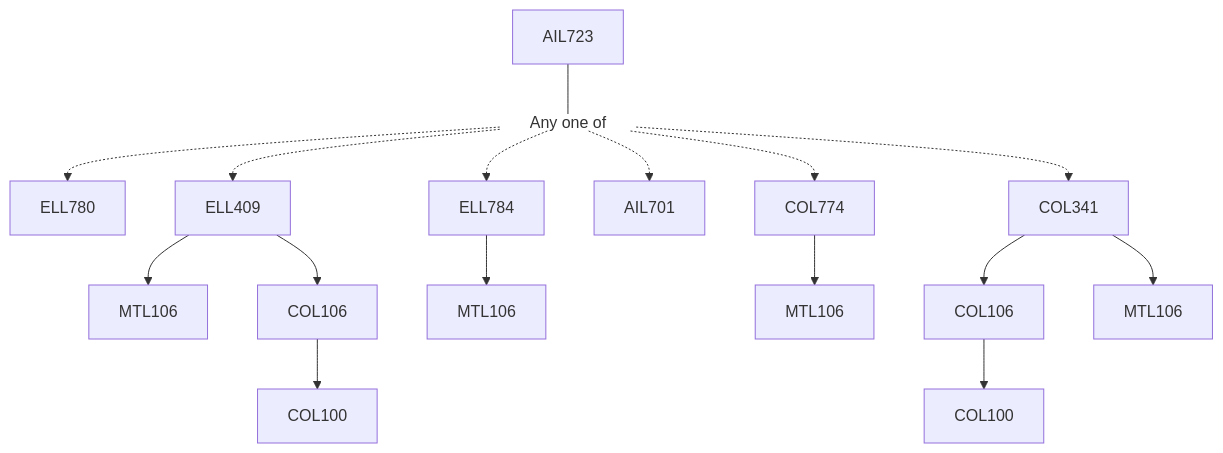
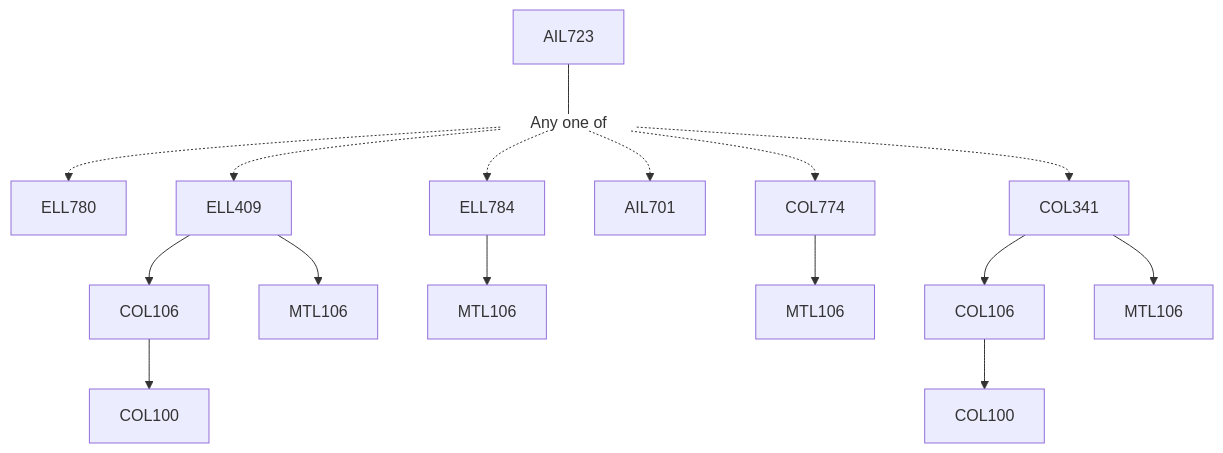
Before and after one commit to KeshavBansal0122/CoS_Website: the diagram in content/School of Artificial Intelligence/AIL723.md, drawn with Mermaid. The commit also changed other lines of this file and 2667 other files, not shown here.

````diff
--- a/content/School of Artificial Intelligence/AIL723.md
+++ b/content/School of Artificial Intelligence/AIL723.md
@@ -15,22 +13,22 @@
 ```mermaid
 flowchart TD
-AIL723-486[AIL723]
-AIL723-486 --- Or487[Any one of]:::empty
-Or487 -.-> ELL780-488[ELL780]
-Or487 -.-> ELL409-489[ELL409]
-ELL409-489 --> MTL106-489[MTL106]
-ELL409-489 --> COL106-489[COL106]
-COL106-489 --> COL100-489[COL100]
-Or487 -.-> ELL784-490[ELL784]
-ELL784-490 --> MTL106-490[MTL106]
-Or487 -.-> AIL701-491[AIL701]
-COL774-492 --> MTL106-492[MTL106]
-Or487 -.-> COL774-492[COL774]
-COL341-493 --> COL106-493[COL106]
-COL106-493 --> COL100-493[COL100]
-Or487 -.-> COL341-493[COL341]
-COL341-493 --> MTL106-493[MTL106]
+AIL723-883[AIL723]
+AIL723-883 --- Or884[Any one of]:::empty
+Or884 -.-> ELL780-885[ELL780]
+Or884 -.-> ELL409-886[ELL409]
+ELL409-886 --> COL106-886[COL106]
+ELL409-886 --> MTL106-886[MTL106]
+COL106-886 --> COL100-886[COL100]
+ELL784-887 --> MTL106-887[MTL106]
+Or884 -.-> ELL784-887[ELL784]
+Or884 -.-> AIL701-888[AIL701]
+Or884 -.-> COL774-889[COL774]
+COL774-889 --> MTL106-889[MTL106]
+COL106-890 --> COL100-890[COL100]
+COL341-890 --> COL106-890[COL106]
+Or884 -.-> COL341-890[COL341]
+COL341-890 --> MTL106-890[MTL106]
 
 classDef empty height:17px, fill:transparent, stroke:transparent;
 classDef trueEmpty height:0px, width:0px;
 ```
````
